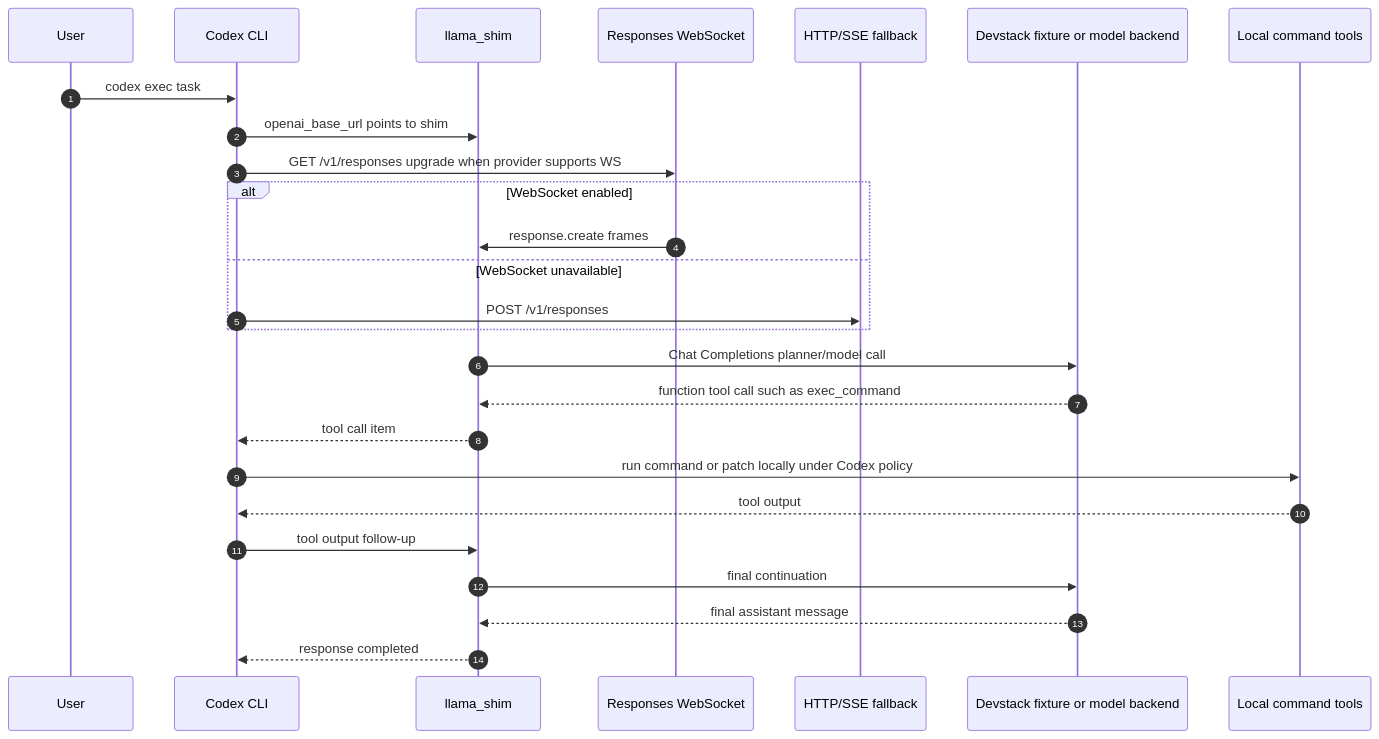
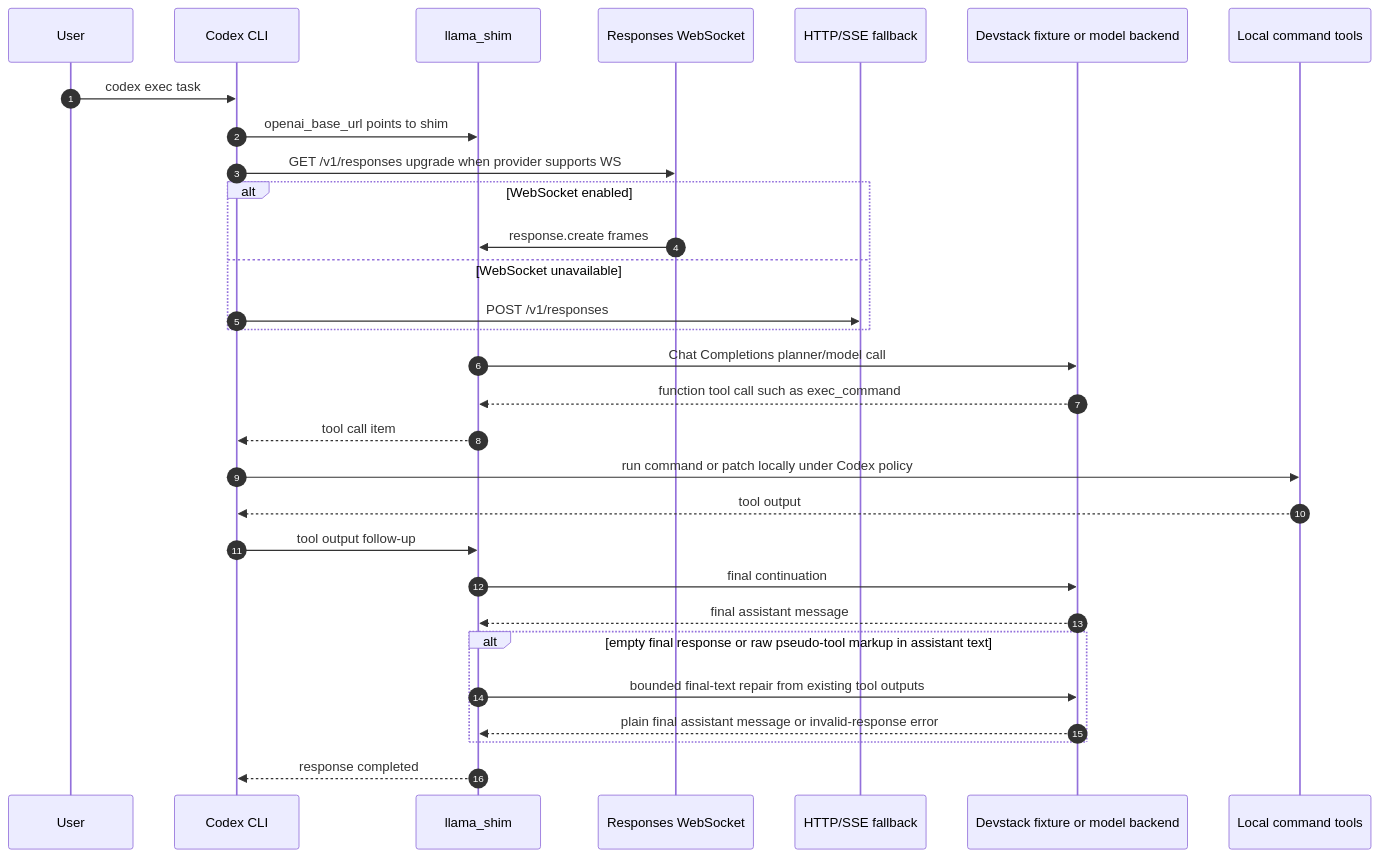
Diagram 22 of 25 in docs/engineering/openai-api-choreography-atlas.md (avelrl/llama_shim), drawn with Mermaid before and after one commit. The commit also changed other lines of this file and 21 other files, not shown here.

````diff
--- a/docs/engineering/openai-api-choreography-atlas.md
+++ b/docs/engineering/openai-api-choreography-atlas.md
@@ -844,29 +844,33 @@
 ```mermaid
 sequenceDiagram
   autonumber
   participant User
   participant Codex as Codex CLI
   participant Shim as llama_shim
   participant WS as Responses WebSocket
   participant HTTP as HTTP/SSE fallback
   participant Fixture as Devstack fixture or model backend
   participant Tools as Local command tools
 
   User->>Codex: codex exec task
   Codex->>Shim: openai_base_url points to shim
   Codex->>WS: GET /v1/responses upgrade when provider supports WS
   alt WebSocket enabled
     WS->>Shim: response.create frames
   else WebSocket unavailable
     Codex->>HTTP: POST /v1/responses
   end
   Shim->>Fixture: Chat Completions planner/model call
   Fixture-->>Shim: function tool call such as exec_command
   Shim-->>Codex: tool call item
   Codex->>Tools: run command or patch locally under Codex policy
   Tools-->>Codex: tool output
   Codex->>Shim: tool output follow-up
   Shim->>Fixture: final continuation
   Fixture-->>Shim: final assistant message
+  alt empty final response or raw pseudo-tool markup in assistant text
+    Shim->>Fixture: bounded final-text repair from existing tool outputs
+    Fixture-->>Shim: plain final assistant message or invalid-response error
+  end
   Shim-->>Codex: response completed
 ```
````
